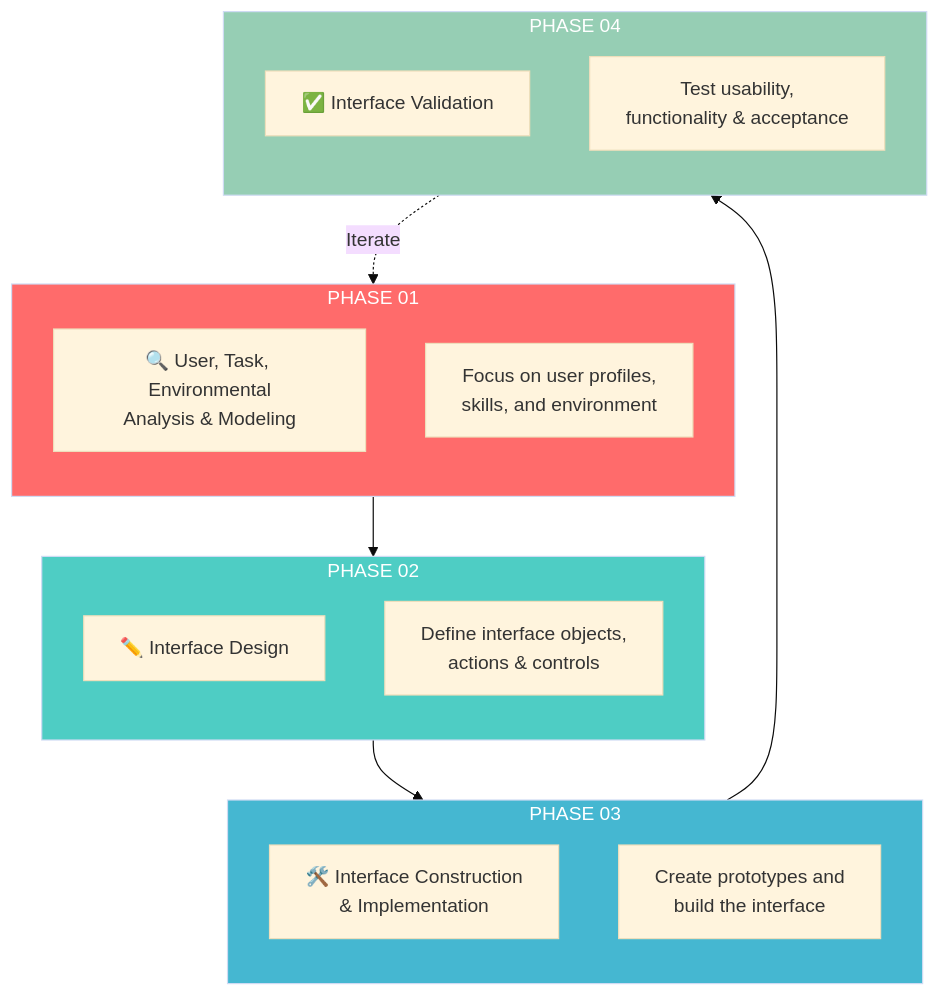
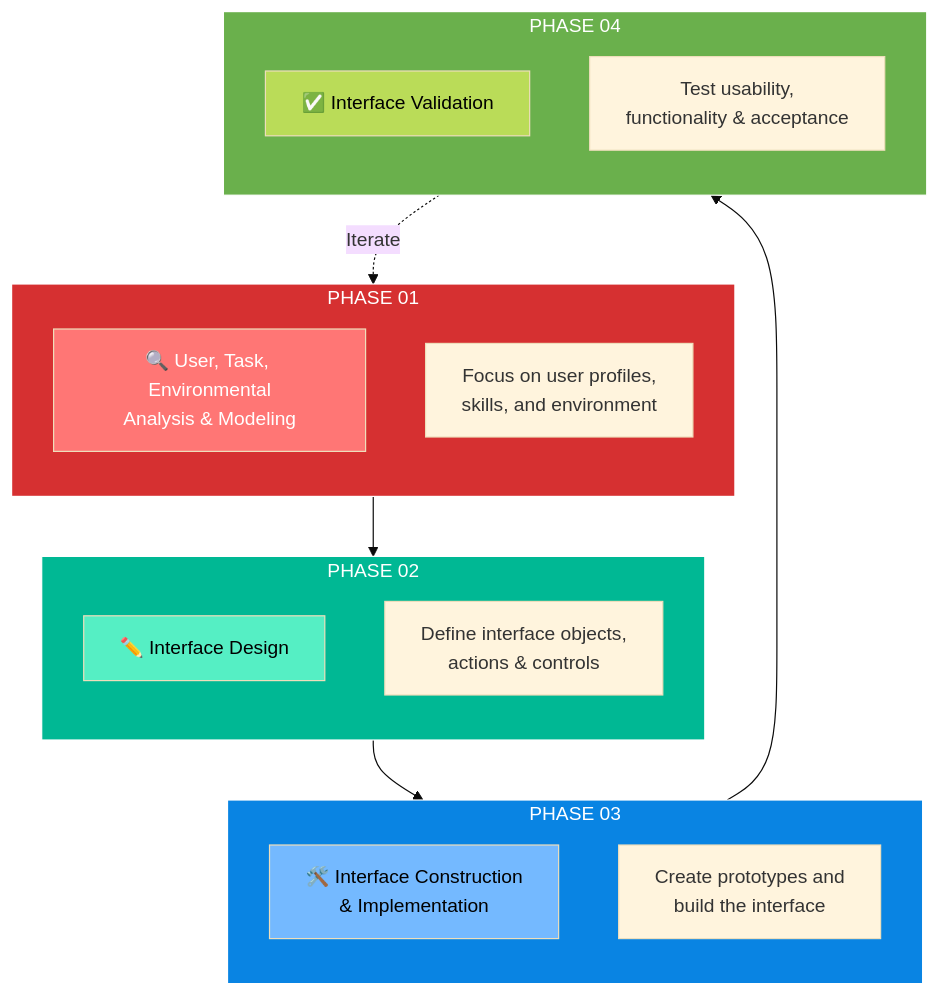
Before and after one commit to Dark3993Fury/SoftwareEngineering: the second of 6 diagrams in Software Architecture/User Interface Design/README.md, drawn with Mermaid (base theme). The commit also changed other lines of this file and 1 other file, not shown here.

````diff
--- a/Software Architecture/User Interface Design/README.md
+++ b/Software Architecture/User Interface Design/README.md
@@ -80,36 +91,40 @@
 ```mermaid
 flowchart TB
     subgraph Phase1["PHASE 01"]
         direction TB
         A1["🔍 User, Task, Environmental<br/>Analysis & Modeling"]
         A1D["Focus on user profiles,<br/>skills, and environment"]
     end
     
     subgraph Phase2["PHASE 02"]
         direction TB
         A2["✏️ Interface Design"]
         A2D["Define interface objects,<br/>actions & controls"]
     end
     
     subgraph Phase3["PHASE 03"]
         direction TB
         A3["🛠️ Interface Construction<br/>& Implementation"]
         A3D["Create prototypes and<br/>build the interface"]
     end
     
     subgraph Phase4["PHASE 04"]
         direction TB
         A4["✅ Interface Validation"]
         A4D["Test usability,<br/>functionality & acceptance"]
     end
     
     Phase1 --> Phase2
     Phase2 --> Phase3
     Phase3 --> Phase4
     Phase4 -.->|Iterate| Phase1
     
-    style Phase1 fill:#ff6b6b,color:#fff
-    style Phase2 fill:#4ecdc4,color:#fff
-    style Phase3 fill:#45b7d1,color:#fff
-    style Phase4 fill:#96ceb4,color:#fff
+    style Phase1 fill:#d63031,color:#fff,stroke:#fff
+    style Phase2 fill:#00b894,color:#fff,stroke:#fff
+    style Phase3 fill:#0984e3,color:#fff,stroke:#fff
+    style Phase4 fill:#6ab04c,color:#fff,stroke:#fff
+    style A1 fill:#ff7675,color:#fff
+    style A2 fill:#55efc4,color:#000
+    style A3 fill:#74b9ff,color:#000
+    style A4 fill:#badc58,color:#000
 ```
````
